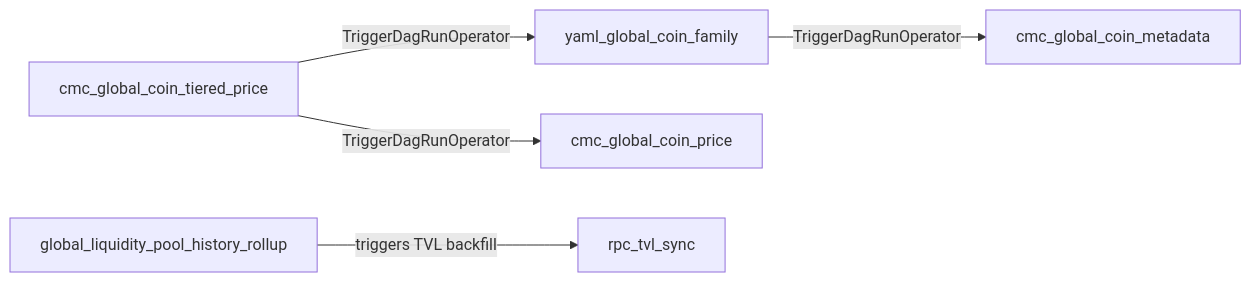
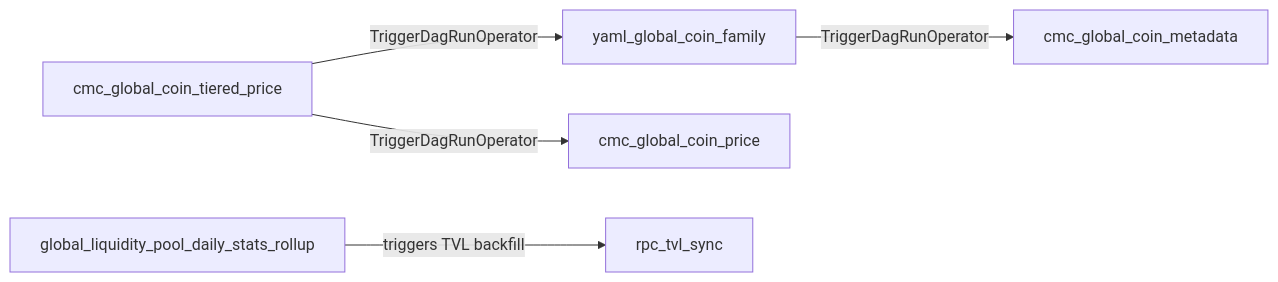
Before and after one commit to bekisz/chaintelligence: the sixth of 6 diagrams in chain-feeder/docs/DAGS.md, drawn with Mermaid. The commit also changed other lines of this file and 76 other files, not shown here.

Commit message:
feat: daily-stats window_stats/apr in object model, DAG renames to daily_stats, and routing refinements

````diff
--- a/chain-feeder/docs/DAGS.md
+++ b/chain-feeder/docs/DAGS.md
@@ -421,7 +421,7 @@
 ```mermaid
 graph LR
     TIERED["cmc_global_coin_tiered_price"] -- "TriggerDagRunOperator" --> FAMILY["yaml_global_coin_family"]
     TIERED -- "TriggerDagRunOperator" --> CPRICE["cmc_global_coin_price"]
     FAMILY -- "TriggerDagRunOperator" --> CMETA["cmc_global_coin_metadata"]
-    ROLLUP["global_liquidity_pool_history_rollup"] -- "triggers TVL backfill" --> TVL["rpc_tvl_sync"]
+    ROLLUP["global_liquidity_pool_daily_stats_rollup"] -- "triggers TVL backfill" --> TVL["rpc_tvl_sync"]
 ```
````
